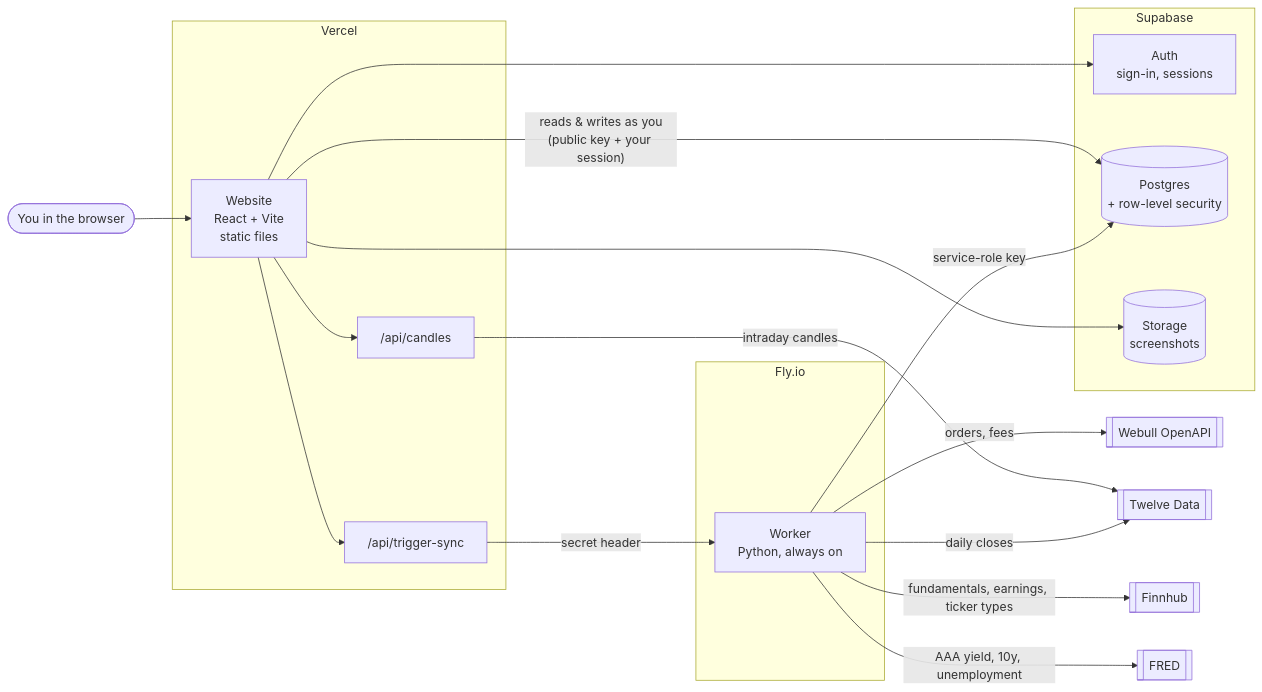
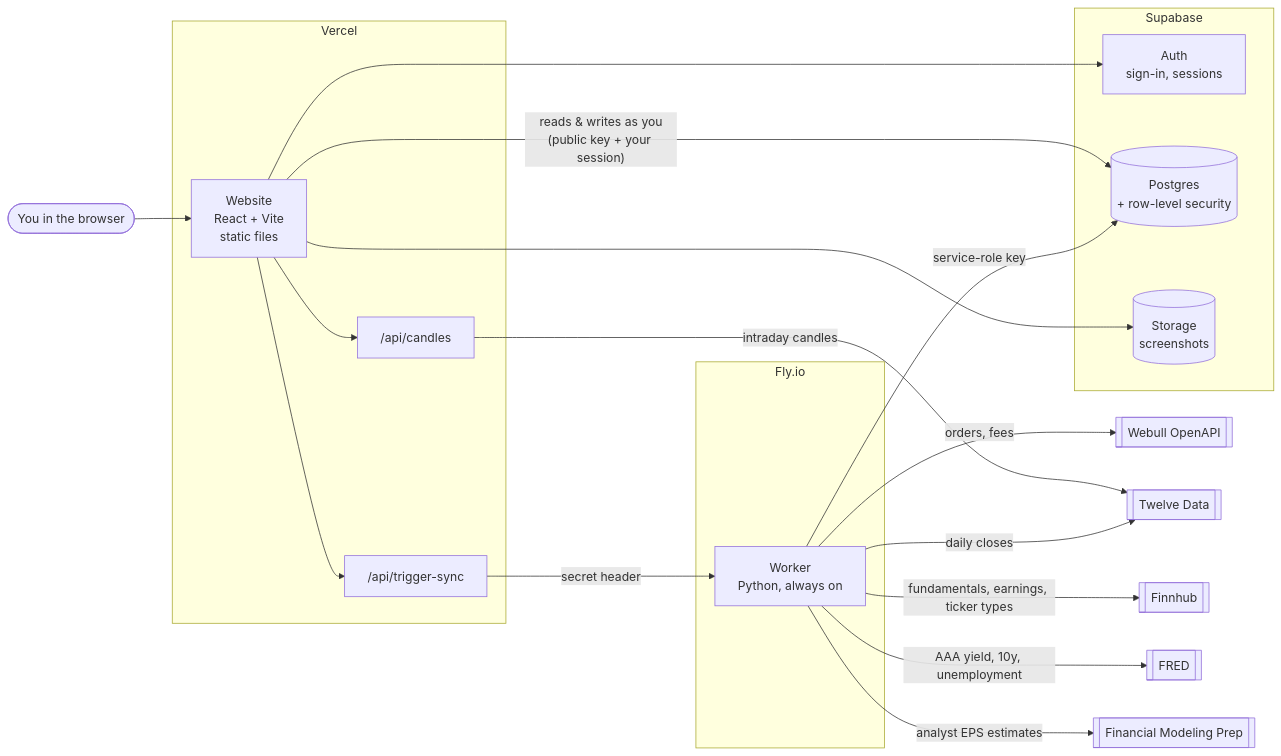
Before and after one commit to northcrosstech/Trading-Journal: the first of 2 diagrams in docs/ARCHITECTURE.md, drawn with Mermaid. The commit also changed other lines of this file and 10 other files, not shown here.

````diff
--- a/docs/ARCHITECTURE.md
+++ b/docs/ARCHITECTURE.md
@@ -11,37 +11,39 @@
 ```mermaid
 flowchart LR
     U([You in the browser])
 
     subgraph VERCEL [Vercel]
       WEB[Website<br/>React + Vite<br/>static files]
       API1["/api/candles"]
       API2["/api/trigger-sync"]
     end
 
     subgraph SUPA [Supabase]
       AUTH[Auth<br/>sign-in, sessions]
       DB[(Postgres<br/>+ row-level security)]
       ST[(Storage<br/>screenshots)]
     end
 
     subgraph FLY [Fly.io]
       WK[Worker<br/>Python, always on]
     end
 
     WB[[Webull OpenAPI]]
     TD[[Twelve Data]]
     FH[[Finnhub]]
     FR[[FRED]]
+    FM[[Financial Modeling Prep]]
 
     U --> WEB
     WEB -- "reads & writes as you<br/>(public key + your session)" --> DB
     WEB --> AUTH
     WEB --> ST
     WEB --> API1 -- "intraday candles" --> TD
     WEB --> API2 -- "secret header" --> WK
     WK -- "service-role key" --> DB
     WK -- "orders, fees" --> WB
     WK -- "daily closes" --> TD
     WK -- "fundamentals, earnings, ticker types" --> FH
     WK -- "AAA yield, 10y, unemployment" --> FR
+    WK -- "analyst EPS estimates" --> FM
 ```
````
